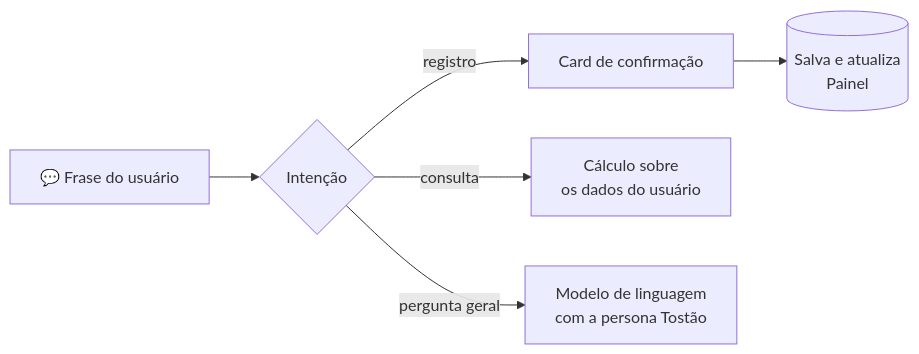
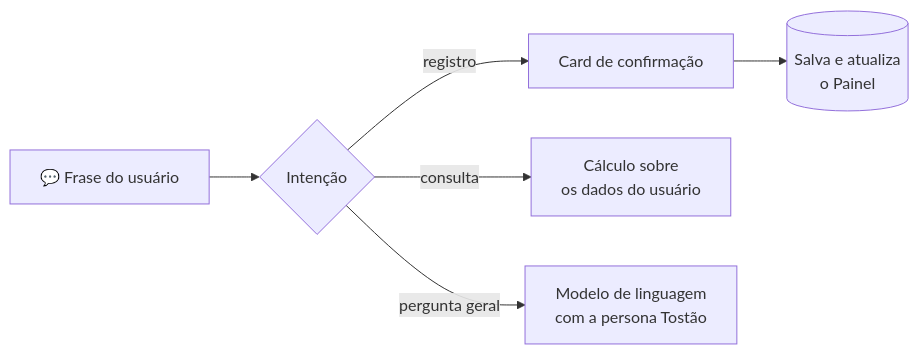
The first of 4 diagrams in README.md (DLTechSup/dio-lab-vibe-coding-app-financas), drawn with Mermaid before and after one commit. The commit also changed other lines of this file and 10 other files, not shown here.

````diff
--- a/README.md
+++ b/README.md
@@ -129,7 +151,7 @@
 ```mermaid
 flowchart LR
     M[💬 Frase do usuário] --> I{Intenção}
-    I -->|registro| C[Card de confirmação] --> S[(Salva e atualiza<br/>Painel)]
+    I -->|registro| C[Card de confirmação] --> S[(Salva e atualiza<br/>o Painel)]
     I -->|consulta| D[Cálculo sobre<br/>os dados do usuário]
     I -->|pergunta geral| L[Modelo de linguagem<br/>com a persona Tostão]
 ```
````
